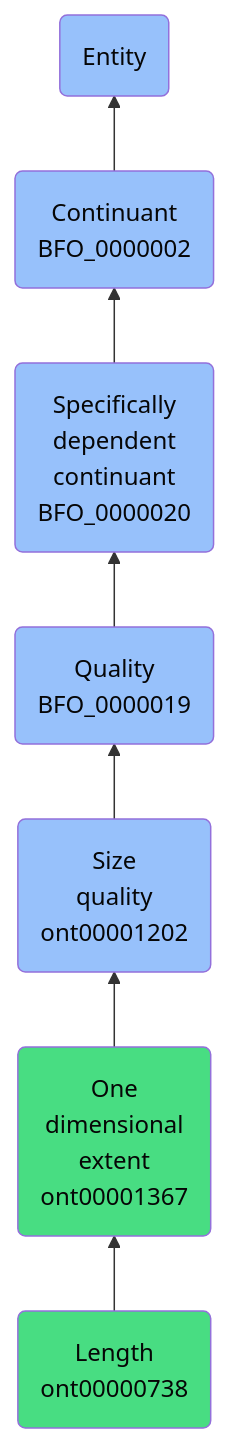
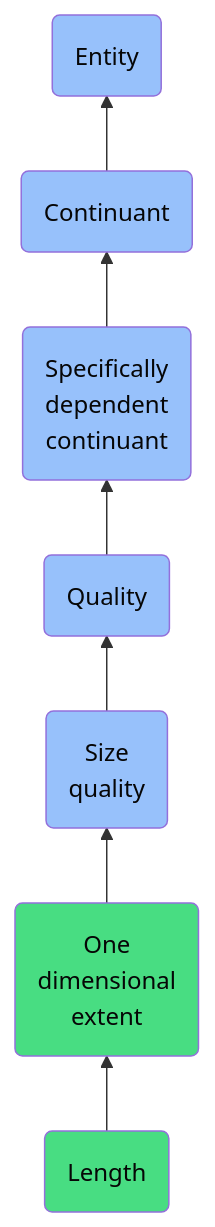
Before and after one commit to jupyter-naas/abi: the diagram in docs/ontology/reference/model/Entity/Continuant/Specifically dependent continuant/Quality/Size quality/One dimensional extent/Length/Length.md, drawn with Mermaid. The commit also changed other lines of this file and 1430 other files, not shown here.

````diff
--- a/docs/ontology/reference/model/Entity/Continuant/Specifically dependent continuant/Quality/Size quality/One dimensional extent/Length/Length.md
+++ b/docs/ontology/reference/model/Entity/Continuant/Specifically dependent continuant/Quality/Size quality/One dimensional extent/Length/Length.md
@@ -24,14 +24,14 @@
 ```mermaid
 graph BT
-    ont00000738(Length<br>ont00000738):::ABI-->ont00001367
-    ont00001367(One<br>dimensional<br>extent<br>ont00001367):::ABI-->ont00001202
-    ont00001202(Size<br>quality<br>ont00001202):::BFO-->BFO_0000019
-    BFO_0000019(Quality<br>BFO_0000019):::BFO-->BFO_0000020
-    BFO_0000020(Specifically<br>dependent<br>continuant<br>BFO_0000020):::BFO-->BFO_0000002
-    BFO_0000002(Continuant<br>BFO_0000002):::BFO-->BFO_0000001
+    ont00000738(Length):::ABI-->ont00001367
+    ont00001367(One<br>dimensional<br>extent):::ABI-->ont00001202
+    ont00001202(Size<br>quality):::BFO-->BFO_0000019
+    BFO_0000019(Quality):::BFO-->BFO_0000020
+    BFO_0000020(Specifically<br>dependent<br>continuant):::BFO-->BFO_0000002
+    BFO_0000002(Continuant):::BFO-->BFO_0000001
     BFO_0000001(Entity):::BFO
     
     classDef BFO fill:#97c1fb,color:#060606
     classDef CCO fill:#e4c51e,color:#060606
     classDef ABI fill:#48DD82,color:#060606
 ```
````
